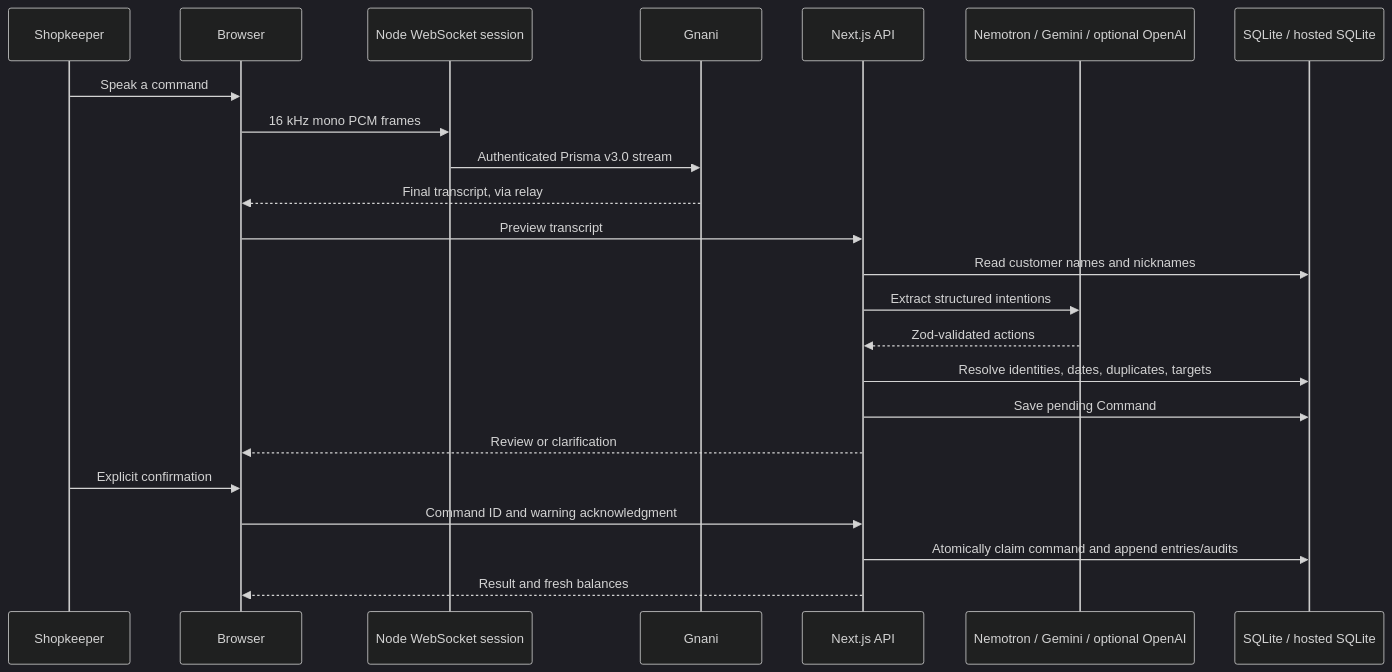
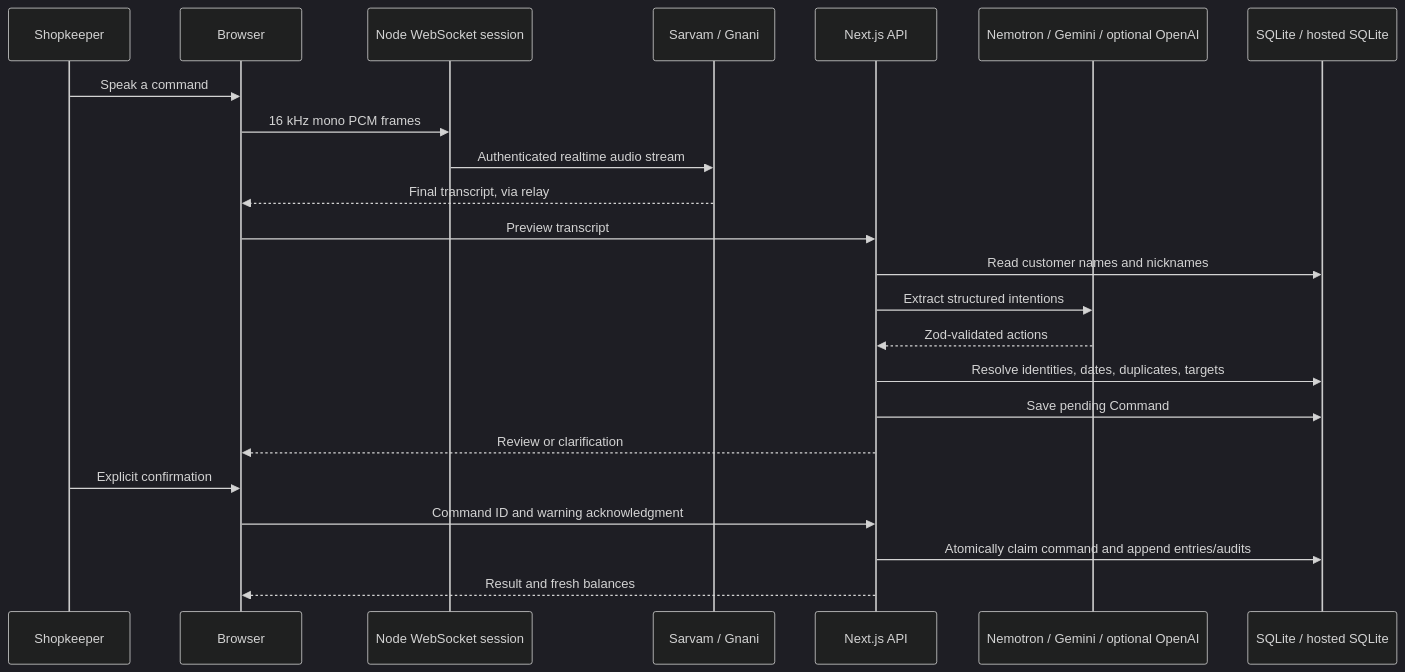
One commit to raghavg1024-stack/khatax-os changed the diagram in docs/ARCHITECTURE.md. Above: the diagram before and after it, drawn with Mermaid (dark theme). The commit also changed other lines of this file and 32 other files, not shown here.

````diff
--- a/docs/ARCHITECTURE.md
+++ b/docs/ARCHITECTURE.md
@@ -18,25 +18,25 @@
 ```mermaid
 sequenceDiagram
     participant Shopkeeper
     participant Browser
     participant Voice as Node WebSocket session
-    participant Gnani
+    participant Speech as Sarvam / Gnani
     participant API as Next.js API
     participant LLM as Nemotron / Gemini / optional OpenAI
     participant DB as SQLite / hosted SQLite
     Shopkeeper->>Browser: Speak a command
     Browser->>Voice: 16 kHz mono PCM frames
-    Voice->>Gnani: Authenticated Prisma v3.0 stream
-    Gnani-->>Browser: Final transcript, via relay
+    Voice->>Speech: Authenticated realtime audio stream
+    Speech-->>Browser: Final transcript, via relay
     Browser->>API: Preview transcript
     API->>DB: Read customer names and nicknames
     API->>LLM: Extract structured intentions
     LLM-->>API: Zod-validated actions
     API->>DB: Resolve identities, dates, duplicates, targets
     API->>DB: Save pending Command
     API-->>Browser: Review or clarification
     Shopkeeper->>Browser: Explicit confirmation
     Browser->>API: Command ID and warning acknowledgment
     API->>DB: Atomically claim command and append entries/audits
     API-->>Browser: Result and fresh balances
 ```
````
